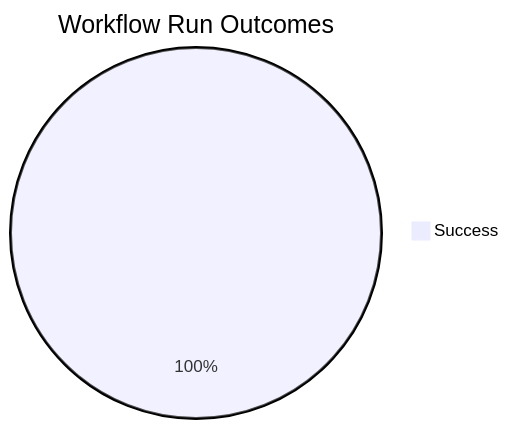
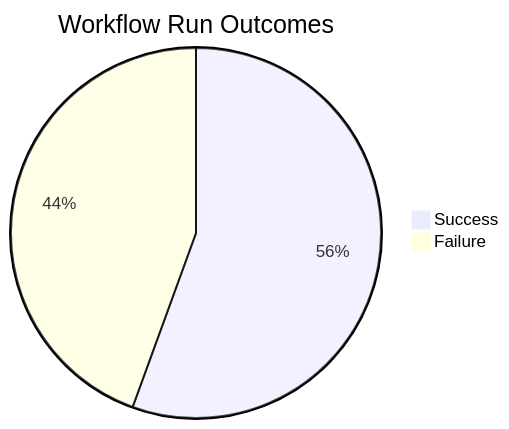
One commit to ukma-cs-ssdm-2025/rate-ukma changed the first of 4 diagrams in docs/ci-cd/dora-summary.md. Above: the diagram before and after it, drawn with Mermaid. The commit also changed other lines of this file, not shown here.

````diff
--- a/docs/ci-cd/dora-summary.md
+++ b/docs/ci-cd/dora-summary.md
@@ -22,4 +22,5 @@
 ```mermaid
 pie title Workflow Run Outcomes
-    "Success" : 7
+    "Success" : 5
+    "Failure" : 4
 ```
````
